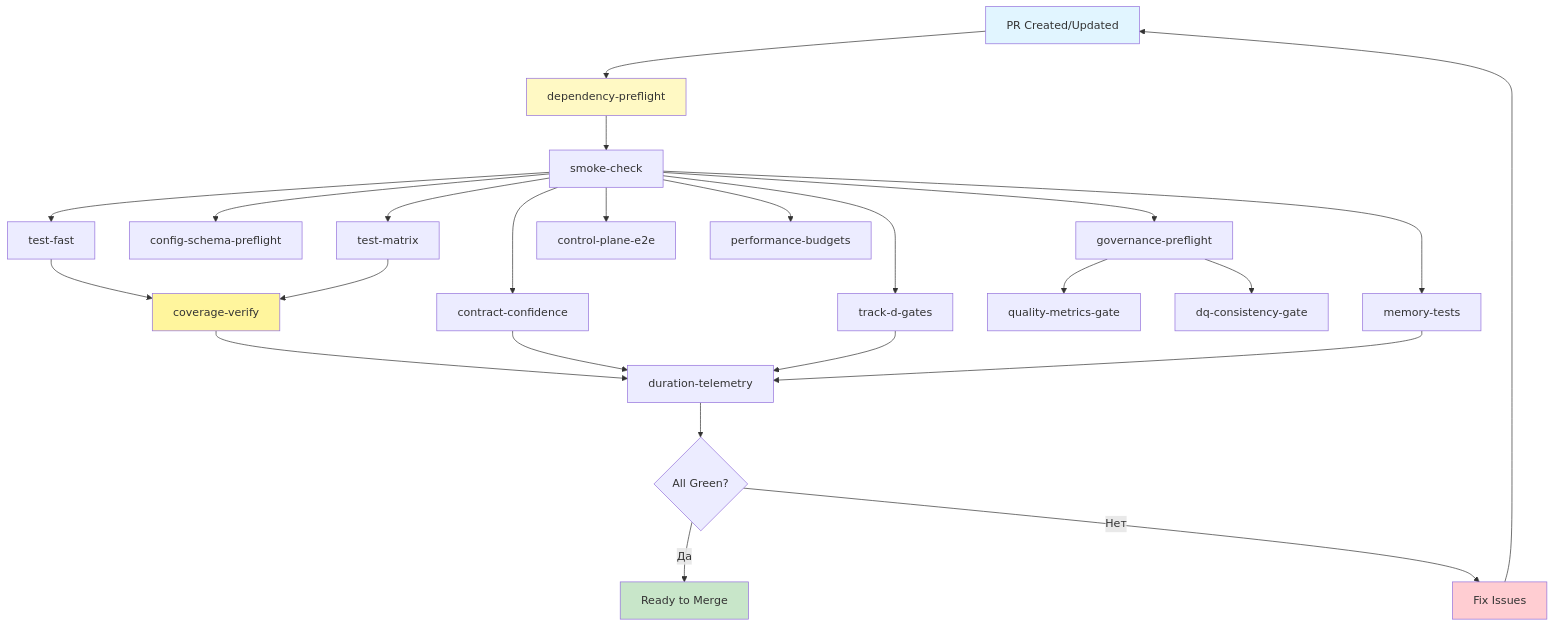
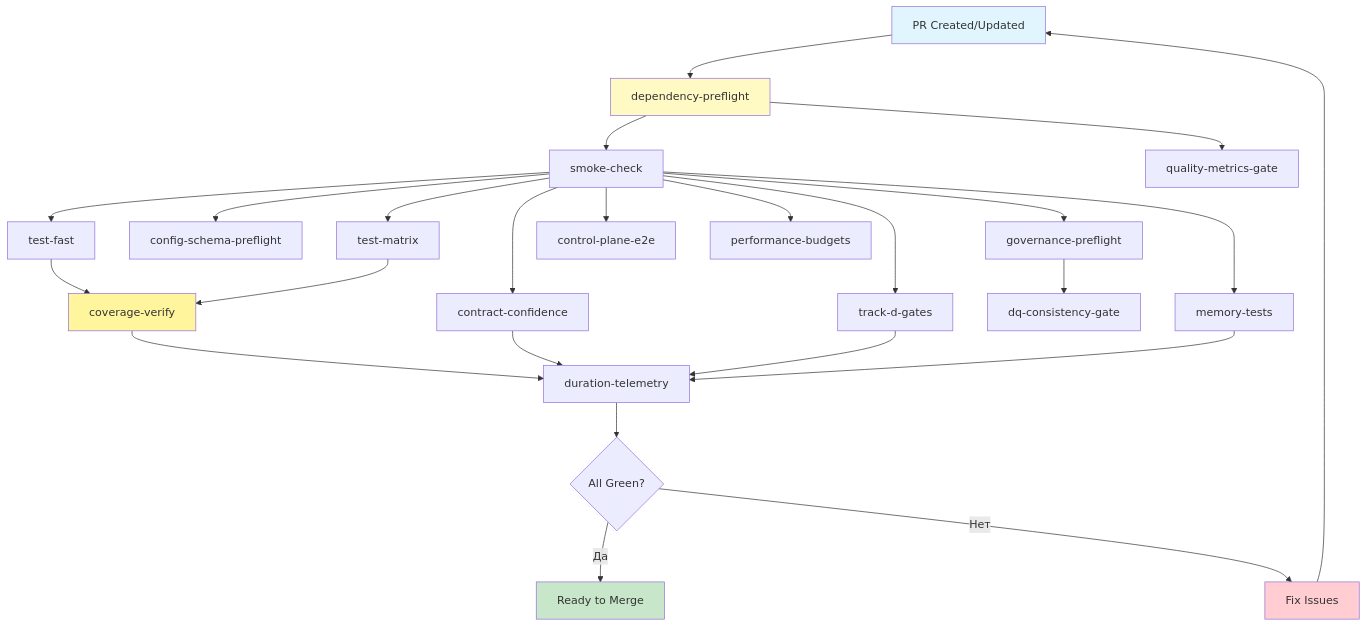
Before and after one commit to SatoryKono/BioactivityDataAcquisition: the second of 8 diagrams in docs/03-guides/github-workflow-diagrams.md, drawn with Mermaid. The commit also changed 8 other files, not shown here.

````diff
--- a/docs/03-guides/github-workflow-diagrams.md
+++ b/docs/03-guides/github-workflow-diagrams.md
@@ -40,36 +40,36 @@
 ```mermaid
 graph TB
     START[PR Created/Updated] --> DEP[dependency-preflight]
     DEP --> SMOKE[smoke-check]
     SMOKE --> GOV[governance-preflight]
     SMOKE --> CONFIG[config-schema-preflight]
     SMOKE --> FAST[test-fast]
     SMOKE --> MATRIX[test-matrix]
     SMOKE --> E2E[control-plane-e2e]
     SMOKE --> CONTRACT[contract-confidence]
     SMOKE --> TRACKD[track-d-gates]
     SMOKE --> MEMORY[memory-tests]
     SMOKE --> PERF[performance-budgets]
     
-    GOV --> QM[quality-metrics-gate]
+    DEP --> QM[quality-metrics-gate]
     GOV --> DQ[dq-consistency-gate]
     
     FAST --> COV[coverage-verify]
     MATRIX --> COV
     
     COV --> DURATION[duration-telemetry]
     CONTRACT --> DURATION
     TRACKD --> DURATION
     MEMORY --> DURATION
     
     DURATION --> END{All Green?}
     END -->|Да| READY[Ready to Merge]
     END -->|Нет| FIX[Fix Issues]
     FIX --> START
     
     style START fill:#e1f5ff
     style READY fill:#c8e6c9
     style FIX fill:#ffcdd2
     style DEP fill:#fff9c4
     style COV fill:#fff59d
 ```
````
